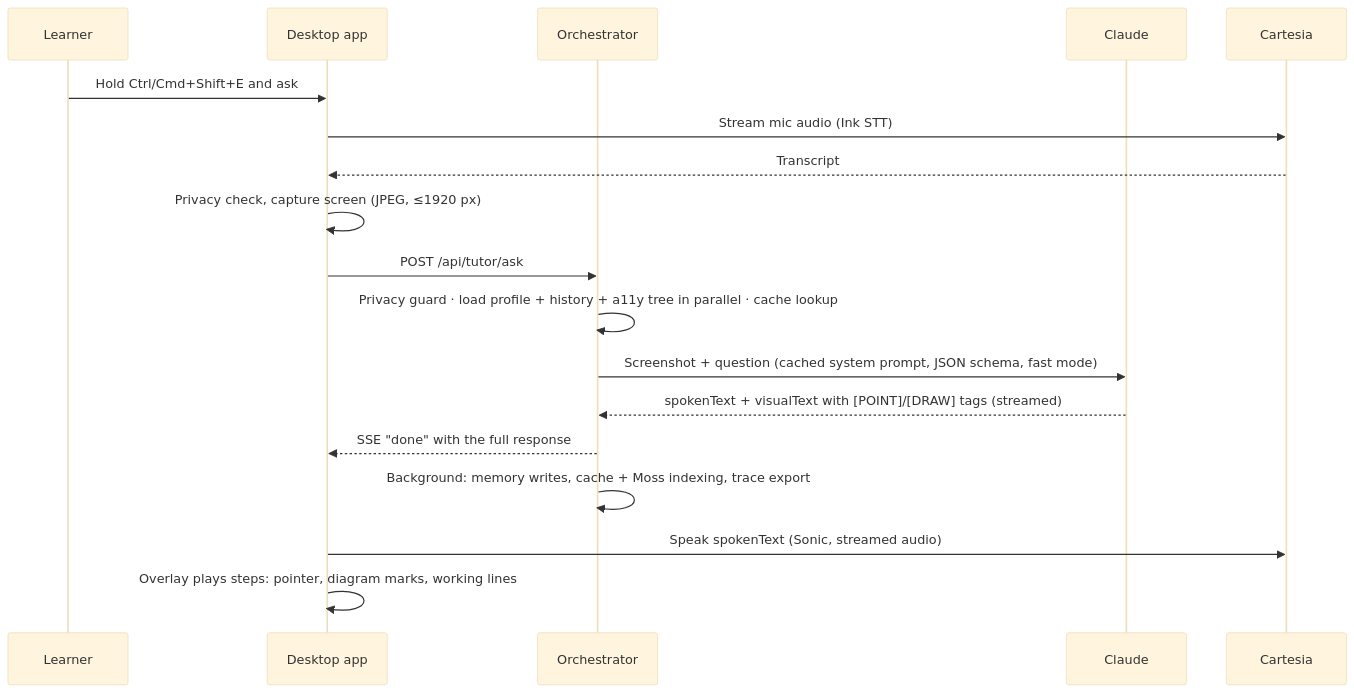
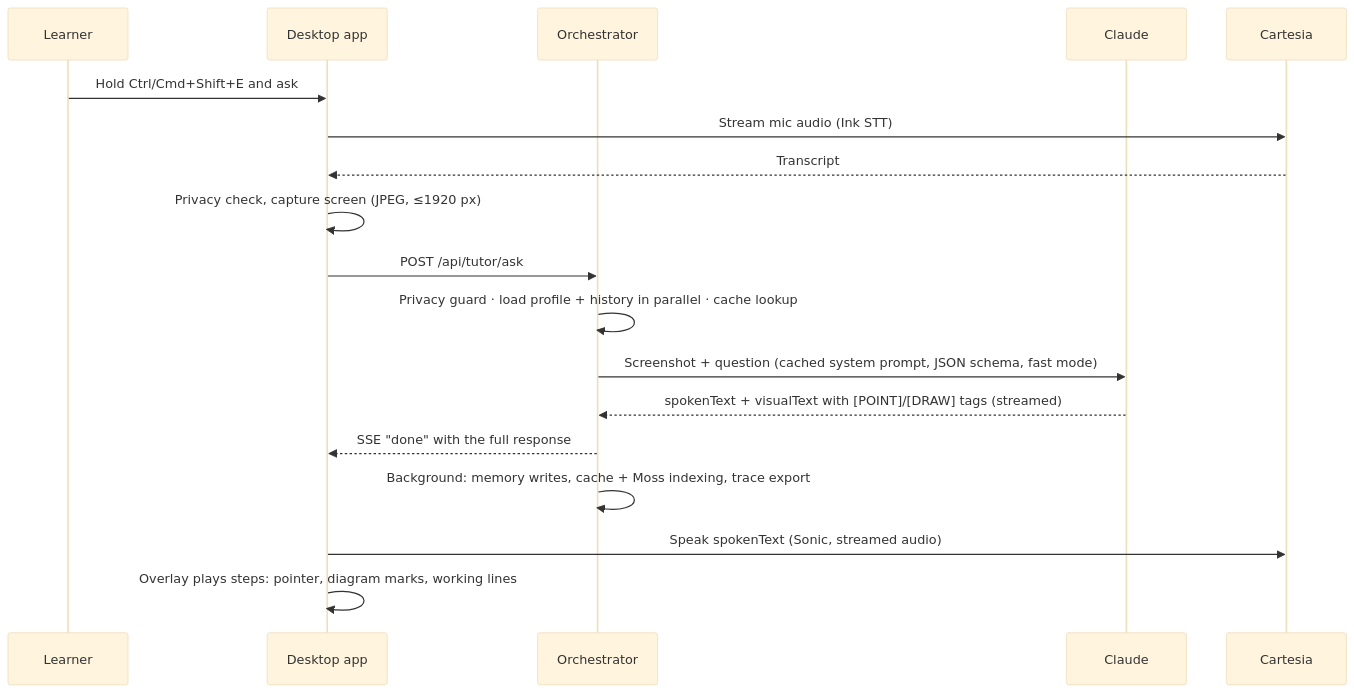
Before and after one commit to jay-1806/CalHacks13.0: the second of 2 diagrams in docs/architecture.md, drawn with Mermaid (base theme). The commit also changed other lines of this file and 80 other files, not shown here.

````diff
--- a/docs/architecture.md
+++ b/docs/architecture.md
@@ -56,21 +47,21 @@
 ```mermaid
 sequenceDiagram
     participant U as Learner
     participant D as Desktop app
     participant O as Orchestrator
     participant C as Claude
     participant V as Cartesia
 
     U->>D: Hold Ctrl/Cmd+Shift+E and ask
     D->>V: Stream mic audio (Ink STT)
     V-->>D: Transcript
     D->>D: Privacy check, capture screen (JPEG, ≤1920 px)
     D->>O: POST /api/tutor/ask
-    O->>O: Privacy guard · load profile + history + a11y tree in parallel · cache lookup
+    O->>O: Privacy guard · load profile + history in parallel · cache lookup
     O->>C: Screenshot + question (cached system prompt, JSON schema, fast mode)
     C-->>O: spokenText + visualText with [POINT]/[DRAW] tags (streamed)
     O-->>D: SSE "done" with the full response
     O->>O: Background: memory writes, cache + Moss indexing, trace export
     D->>V: Speak spokenText (Sonic, streamed audio)
     D->>D: Overlay plays steps: pointer, diagram marks, working lines
 ```
````
